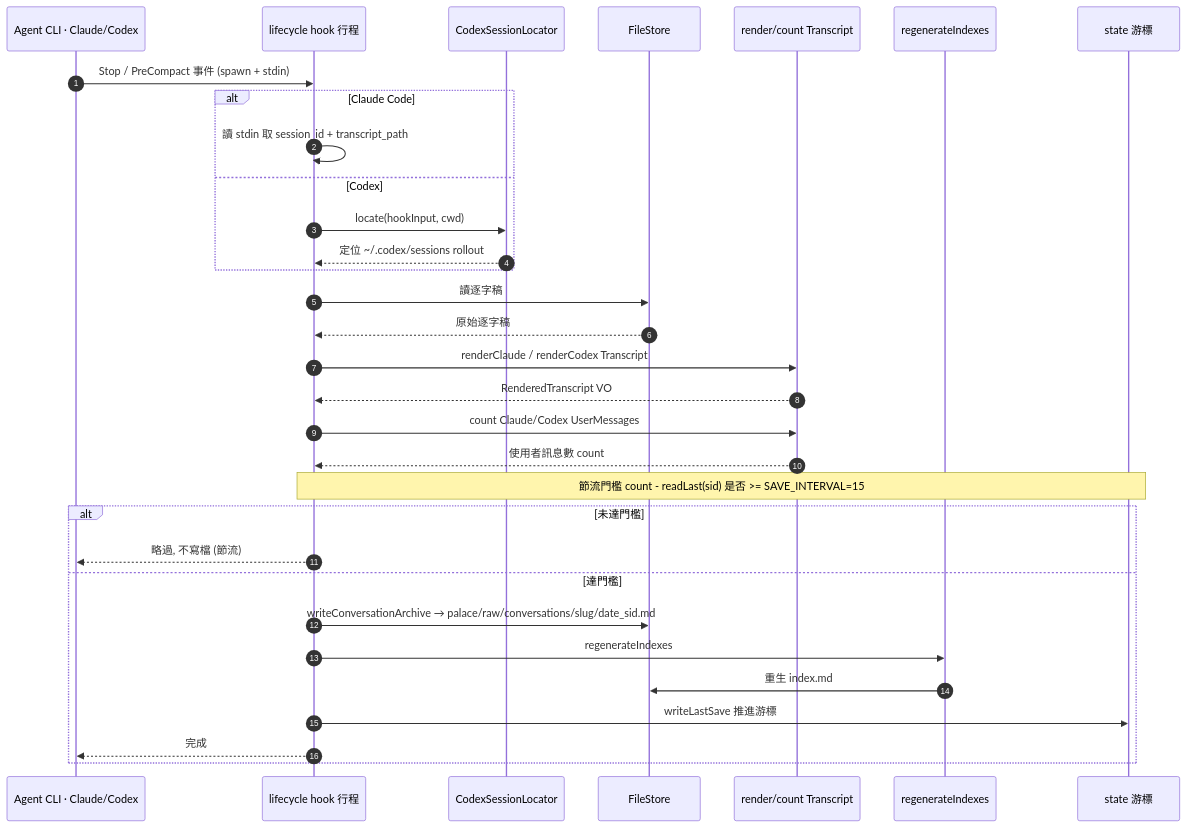
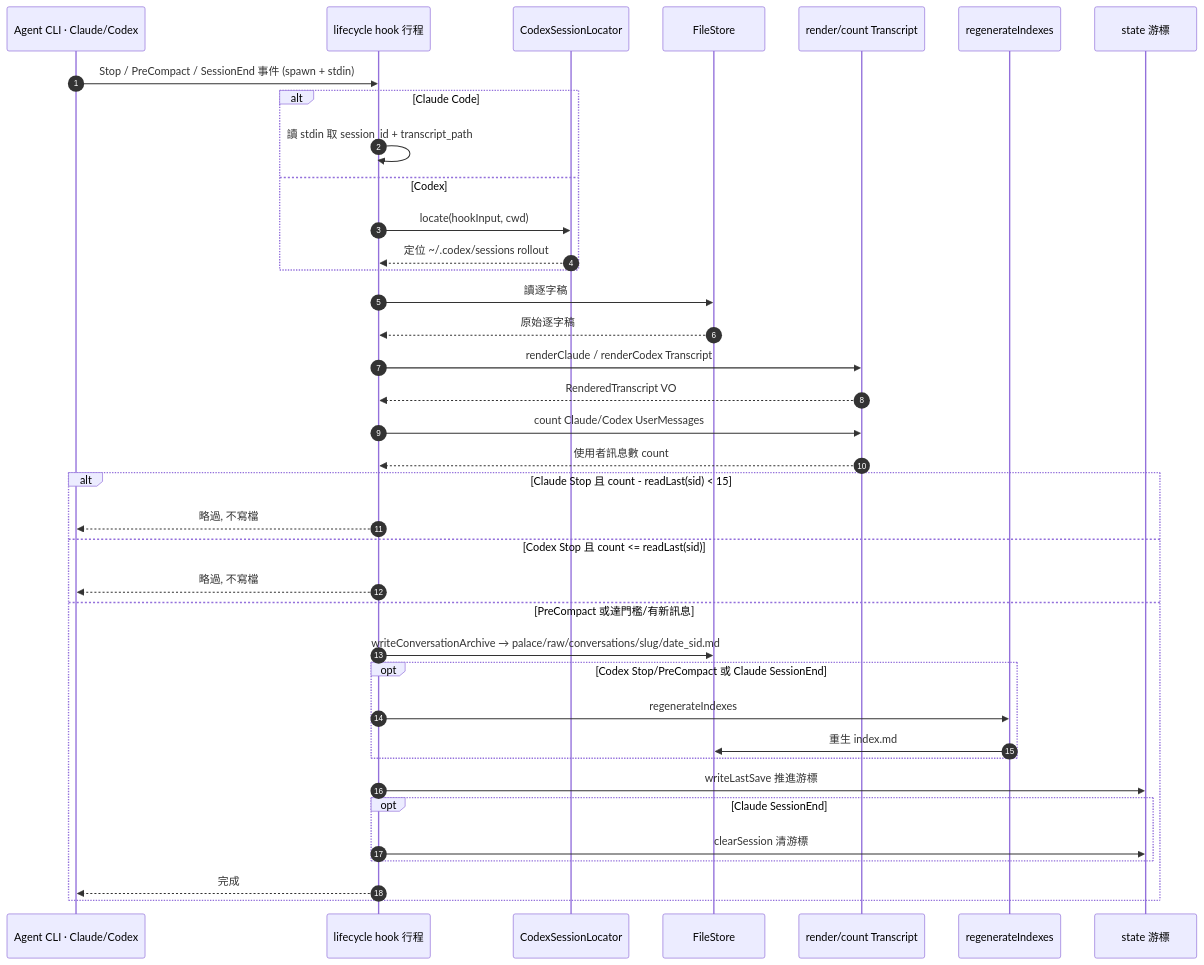
The third of 5 diagrams in docs/architecture/4plus1.md (neokn/elegent), drawn with Mermaid before and after one commit. The commit also changed other lines of this file and 4 other files, not shown here.

````diff
--- a/docs/architecture/4plus1.md
+++ b/docs/architecture/4plus1.md
@@ -142,35 +142,41 @@
 ```mermaid
 sequenceDiagram
     autonumber
     participant CLI as Agent CLI · Claude/Codex
     participant Hook as lifecycle hook 行程
     participant Loc as CodexSessionLocator
     participant FS as FileStore
     participant Pr as render/count Transcript
     participant Idx as regenerateIndexes
     participant St as state 游標
 
-    CLI->>Hook: Stop / PreCompact 事件 (spawn + stdin)
+    CLI->>Hook: Stop / PreCompact / SessionEnd 事件 (spawn + stdin)
     alt Claude Code
         Hook->>Hook: 讀 stdin 取 session_id + transcript_path
     else Codex
         Hook->>Loc: locate(hookInput, cwd)
         Loc-->>Hook: 定位 ~/.codex/sessions rollout
     end
     Hook->>FS: 讀逐字稿
     FS-->>Hook: 原始逐字稿
     Hook->>Pr: renderClaude / renderCodex Transcript
     Pr-->>Hook: RenderedTranscript VO
     Hook->>Pr: count Claude/Codex UserMessages
     Pr-->>Hook: 使用者訊息數 count
-    Note over Hook,St: 節流門檻 count - readLast(sid) 是否 >= SAVE_INTERVAL=15
-    alt 未達門檻
-        Hook-->>CLI: 略過, 不寫檔 (節流)
-    else 達門檻
+    alt Claude Stop 且 count - readLast(sid) < 15
+        Hook-->>CLI: 略過, 不寫檔
+    else Codex Stop 且 count <= readLast(sid)
+        Hook-->>CLI: 略過, 不寫檔
+    else PreCompact 或達門檻/有新訊息
         Hook->>FS: writeConversationArchive → palace/raw/conversations/slug/date_sid.md
-        Hook->>Idx: regenerateIndexes
-        Idx->>FS: 重生 index.md
+        opt Codex Stop/PreCompact 或 Claude SessionEnd
+            Hook->>Idx: regenerateIndexes
+            Idx->>FS: 重生 index.md
+        end
         Hook->>St: writeLastSave 推進游標
+        opt Claude SessionEnd
+            Hook->>St: clearSession 清游標
+        end
         Hook-->>CLI: 完成
     end
 ```
````
